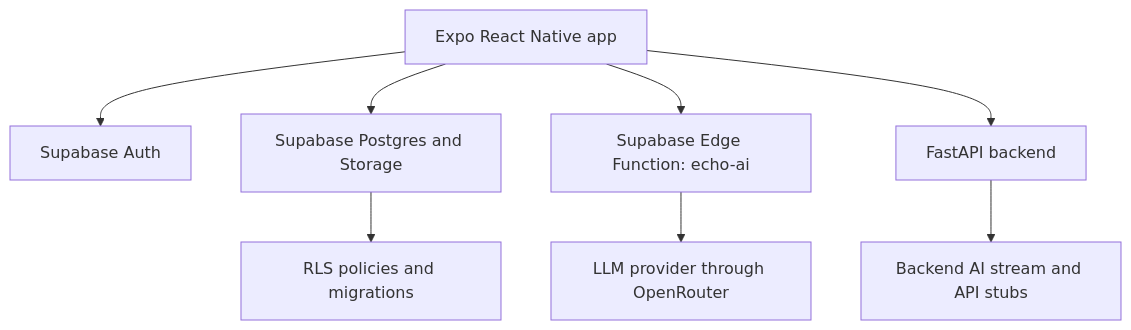
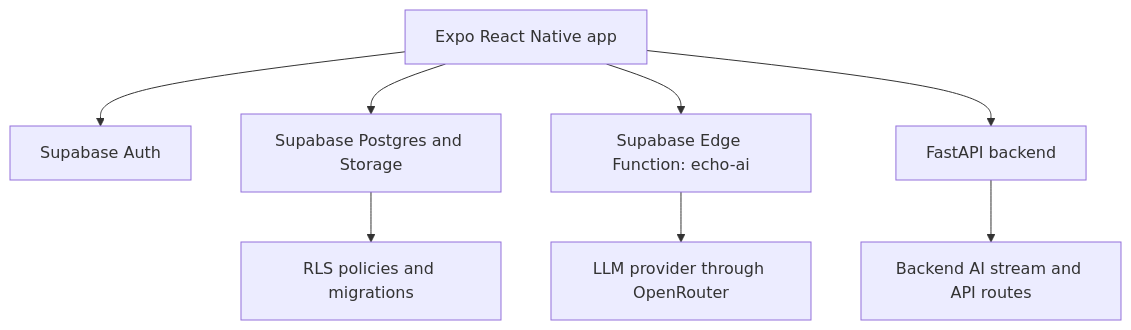
Before and after one commit to Ak2556/echo-mobile: the diagram in docs/architecture/overview.md, drawn with Mermaid. The commit also changed other lines of this file and 174 other files, not shown here.

````diff
--- a/docs/architecture/overview.md
+++ b/docs/architecture/overview.md
@@ -5,10 +5,10 @@
 ```mermaid
 flowchart TD
   A["Expo React Native app"] --> B["Supabase Auth"]
   A --> C["Supabase Postgres and Storage"]
   A --> D["Supabase Edge Function: echo-ai"]
   D --> E["LLM provider through OpenRouter"]
   A --> F["FastAPI backend"]
-  F --> G["Backend AI stream and API stubs"]
+  F --> G["Backend AI stream and API routes"]
   C --> H["RLS policies and migrations"]
 ```
````
